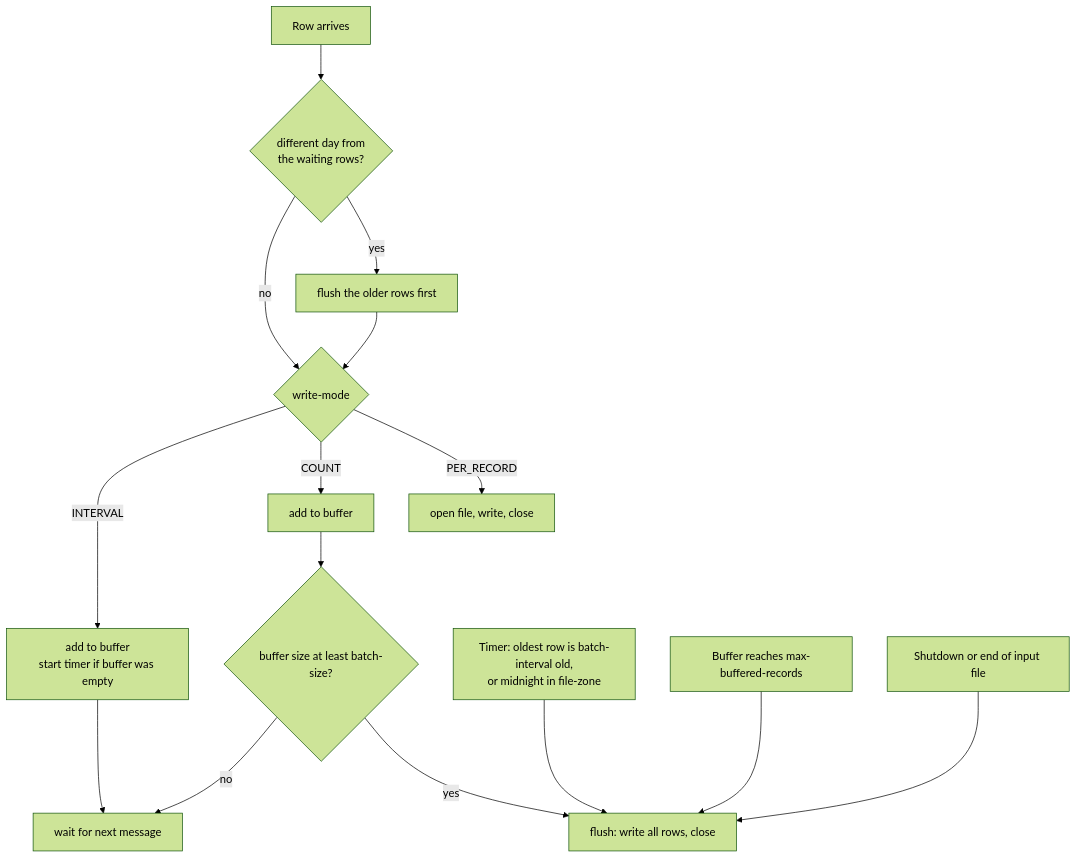
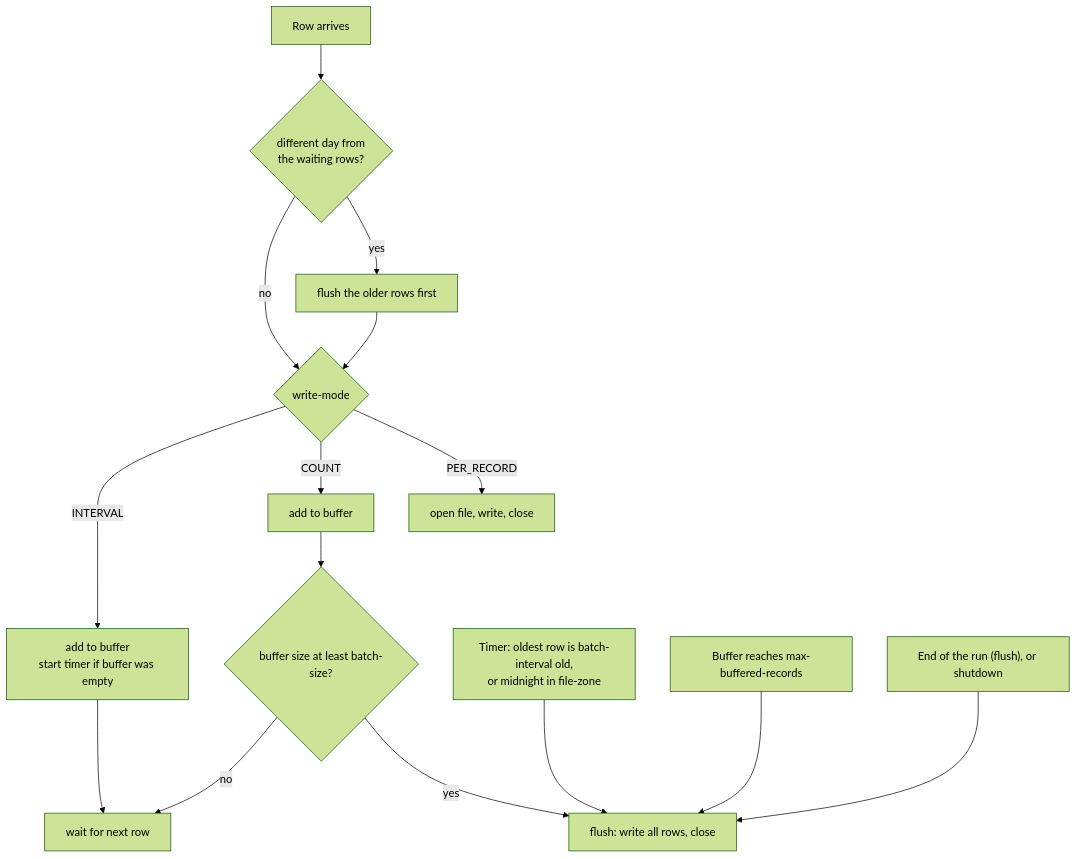
One commit to shanregs/msg-transformer changed diagram 12 of 13 in docs/c4-architecture.md. Above: the diagram before and after it, drawn with Mermaid (forest theme). The commit also changed other lines of this file and 72 other files, not shown here.

````diff
--- a/docs/c4-architecture.md
+++ b/docs/c4-architecture.md
@@ -460,15 +411,15 @@
 ```mermaid
 flowchart TD
     A["Row arrives"] --> D0{"different day from<br/>the waiting rows?"}
     D0 -->|yes| H["flush the older rows first"] --> B
     D0 -->|no| B{"write-mode"}
     B -->|PER_RECORD| C["open file, write, close"]
     B -->|COUNT| D["add to buffer"] --> E{"buffer size at least batch-size?"}
     B -->|INTERVAL| F["add to buffer<br/>start timer if buffer was empty"]
     E -->|yes| W["flush: write all rows, close"]
-    E -->|no| I["wait for next message"]
+    E -->|no| I["wait for next row"]
     F --> I
     T["Timer: oldest row is batch-interval old,<br/>or midnight in file-zone"] --> W
     M["Buffer reaches max-buffered-records"] --> W
-    S["Shutdown or end of input file"] --> W
+    S["End of the run (flush), or shutdown"] --> W
 ```
````
